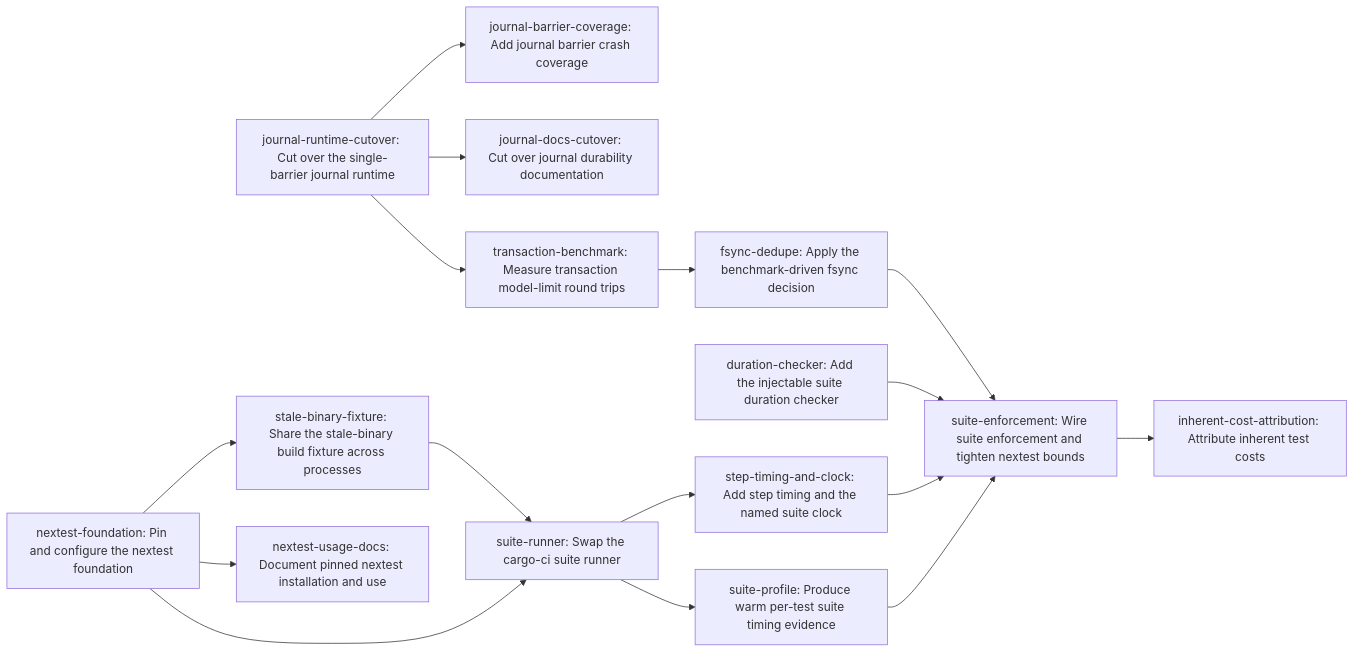
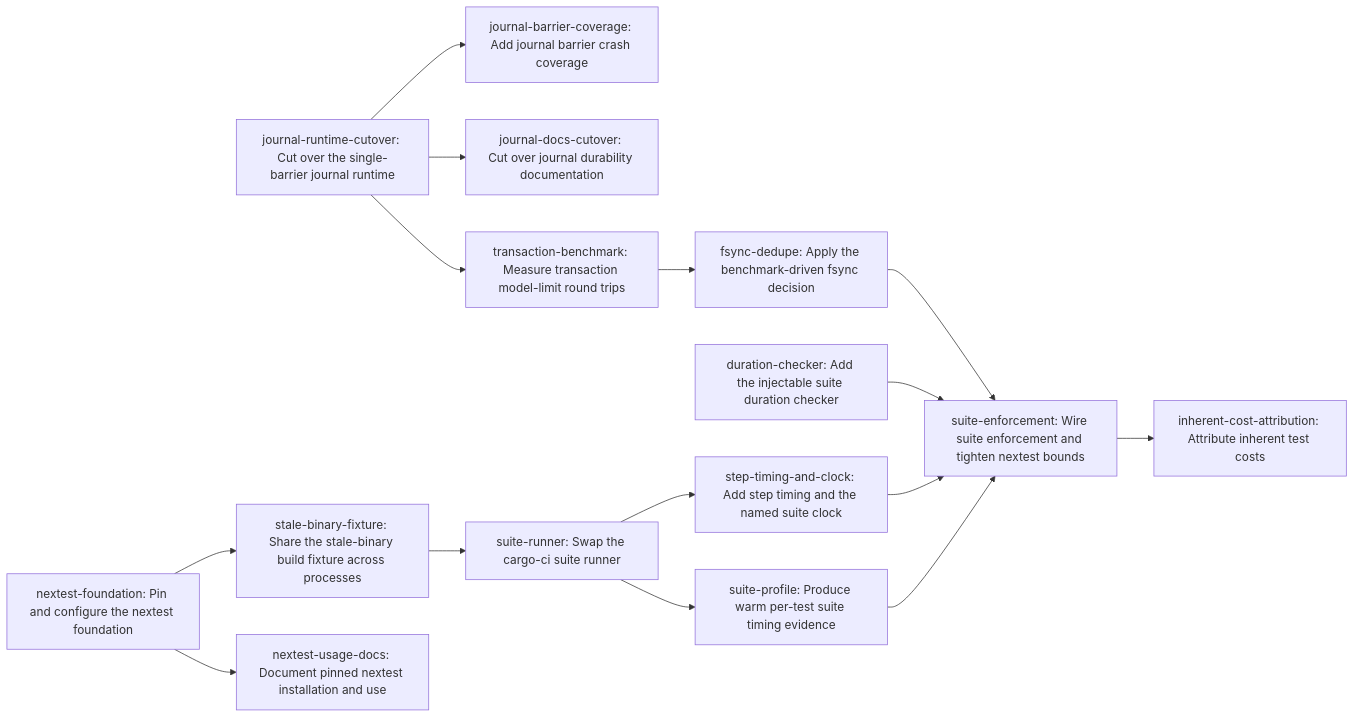
One commit to erankavija/just-in-time changed the diagram in dev/active/4b7c06d0-test-suite-performance/plan.md. Above: the diagram before and after it, drawn with Mermaid. The commit also changed other lines of this file and 1 other file, not shown here.

````diff
--- a/dev/active/4b7c06d0-test-suite-performance/plan.md
+++ b/dev/active/4b7c06d0-test-suite-performance/plan.md
@@ -57,32 +57,31 @@
 ```mermaid
 flowchart LR
     N0["journal-runtime-cutover: Cut over the single-barrier journal runtime"]
     N1["journal-barrier-coverage: Add journal barrier crash coverage"]
     N2["journal-docs-cutover: Cut over journal durability documentation"]
     N3["transaction-benchmark: Measure transaction model-limit round trips"]
     N4["fsync-dedupe: Apply the benchmark-driven fsync decision"]
     N5["stale-binary-fixture: Share the stale-binary build fixture across processes"]
     N6["duration-checker: Add the injectable suite duration checker"]
     N7["nextest-foundation: Pin and configure the nextest foundation"]
     N8["nextest-usage-docs: Document pinned nextest installation and use"]
     N9["suite-runner: Swap the cargo-ci suite runner"]
     N10["step-timing-and-clock: Add step timing and the named suite clock"]
     N11["suite-enforcement: Wire suite enforcement and tighten nextest bounds"]
     N12["suite-profile: Produce warm per-test suite timing evidence"]
     N13["inherent-cost-attribution: Attribute inherent test costs"]
     N0 --> N1
     N0 --> N2
     N0 --> N3
     N3 --> N4
     N7 --> N5
     N7 --> N8
-    N7 --> N9
     N5 --> N9
     N9 --> N10
     N10 --> N11
     N6 --> N11
     N4 --> N11
     N12 --> N11
     N9 --> N12
     N11 --> N13
 ```
````
